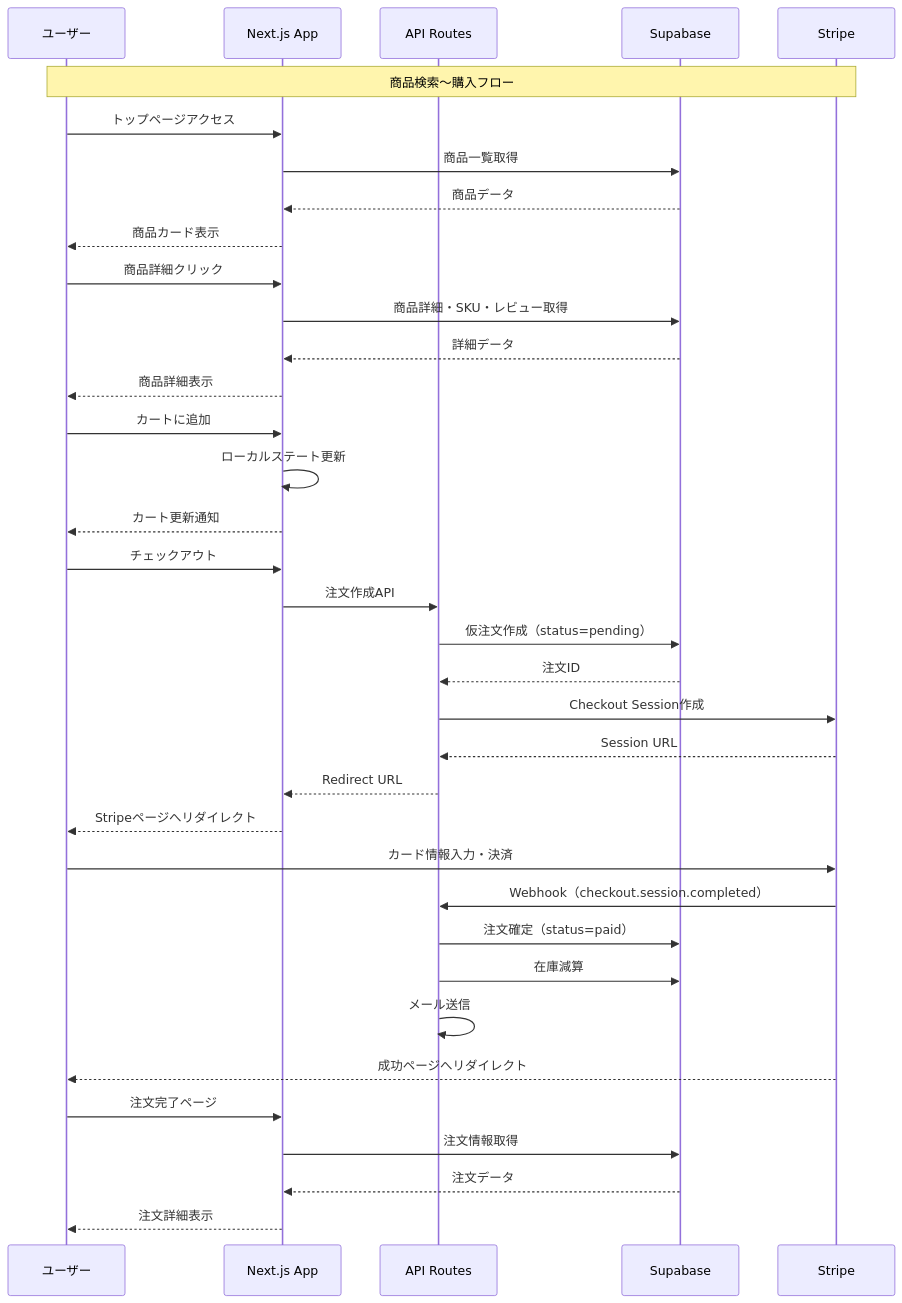
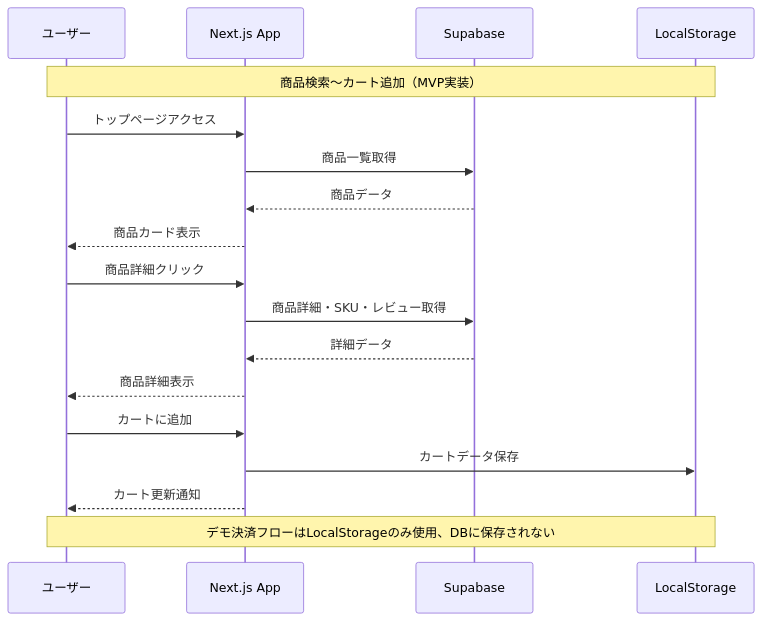
Before and after one commit to yasu-dev/tts-v1: the fourth of 16 diagrams in docs/architecture-diagrams.md, drawn with Mermaid. The commit also changed other lines of this file and 31 other files, not shown here.

````diff
--- a/docs/architecture-diagrams.md
+++ b/docs/architecture-diagrams.md
@@ -224,45 +232,25 @@
 ```mermaid
 sequenceDiagram
     participant U as ユーザー
     participant APP as Next.js App
-    participant API as API Routes
     participant SB as Supabase
-    participant ST as Stripe
+    participant LS as LocalStorage
 
-    Note over U,ST: 商品検索〜購入フロー
+    Note over U,LS: 商品検索〜カート追加（MVP実装）
 
     U->>APP: トップページアクセス
     APP->>SB: 商品一覧取得
     SB-->>APP: 商品データ
     APP-->>U: 商品カード表示
 
     U->>APP: 商品詳細クリック
     APP->>SB: 商品詳細・SKU・レビュー取得
     SB-->>APP: 詳細データ
     APP-->>U: 商品詳細表示
 
     U->>APP: カートに追加
-    APP->>APP: ローカルステート更新
+    APP->>LS: カートデータ保存
     APP-->>U: カート更新通知
 
-    U->>APP: チェックアウト
-    APP->>API: 注文作成API
-    API->>SB: 仮注文作成（status=pending）
-    SB-->>API: 注文ID
-    API->>ST: Checkout Session作成
-    ST-->>API: Session URL
-    API-->>APP: Redirect URL
-    APP-->>U: Stripeページへリダイレクト
-
-    U->>ST: カード情報入力・決済
-    ST->>API: Webhook（checkout.session.completed）
-    API->>SB: 注文確定（status=paid）
-    API->>SB: 在庫減算
-    API->>API: メール送信
-    ST-->>U: 成功ページへリダイレクト
-
-    U->>APP: 注文完了ページ
-    APP->>SB: 注文情報取得
-    SB-->>APP: 注文データ
-    APP-->>U: 注文詳細表示
+    Note over U,LS: デモ決済フローはLocalStorageのみ使用、DBに保存されない
 ```
````
